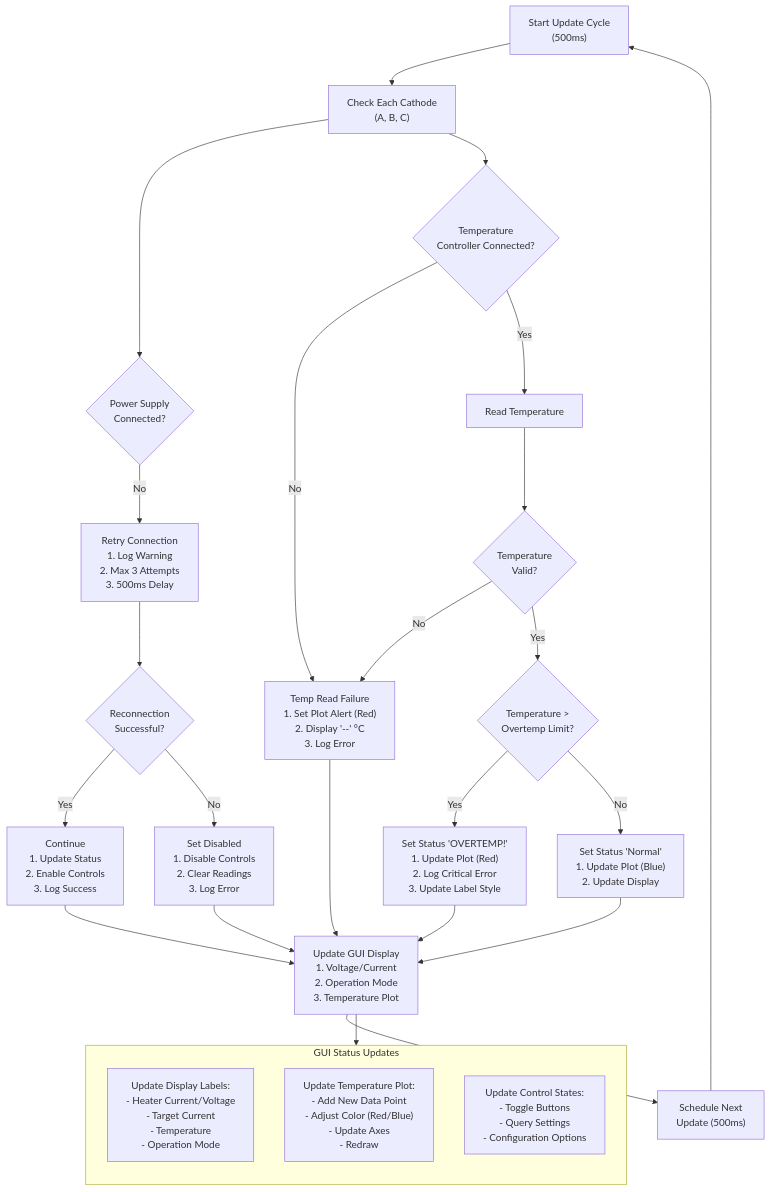
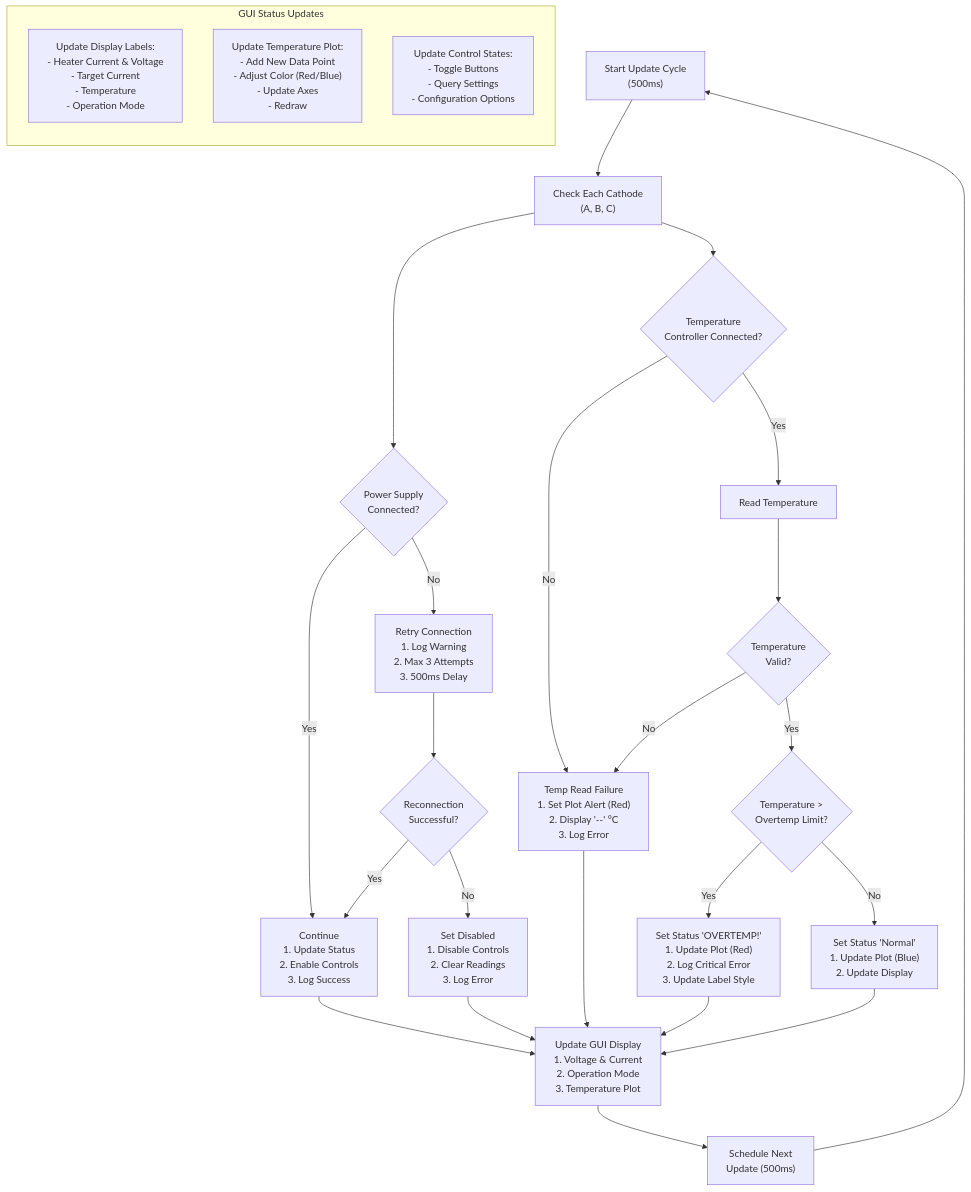
Before and after one commit to uw-loci/EBEAM_dashboard: the second of 4 diagrams in subsystem/cathode_heating/README.md, drawn with Mermaid. The commit also changed other lines of this file and 3 other files, not shown here.

First line of the commit message:
Proposed CCS flow (#58)

````diff
--- a/subsystem/cathode_heating/README.md
+++ b/subsystem/cathode_heating/README.md
@@ -75,6 +75,7 @@
     ParallelCheck --> TempCheck{"Temperature
     Controller Connected?"}
     
+    PSCheck -->|Yes| PSResume
     PSCheck -->|No| PSRetry["Retry Connection
     1. Log Warning
     2. Max 3 Attempts
@@ -113,7 +114,7 @@
     2. Update Display"]
     
     PSResume --> UpdateDisplay["Update GUI Display
-    1. Voltage/Current
+    1. Voltage & Current
     2. Operation Mode
     3. Temperature Plot"]
     PSFail --> UpdateDisplay
@@ -123,12 +124,13 @@
     
     UpdateDisplay --> NextCycle["Schedule Next
     Update (500ms)"]
+    
     NextCycle --> Start
     
     subgraph GUI_Updates["GUI Status Updates"]
         direction TB
         UpdateLabels["Update Display Labels:
-        - Heater Current/Voltage
+        - Heater Current & Voltage
         - Target Current
         - Temperature
         - Operation Mode"]
@@ -144,6 +146,4 @@
         - Query Settings
         - Configuration Options"]
     end
-    
-    UpdateDisplay --> GUI_Updates
 ```
````
